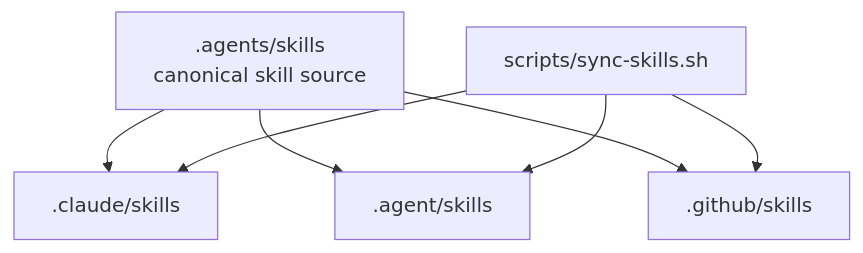
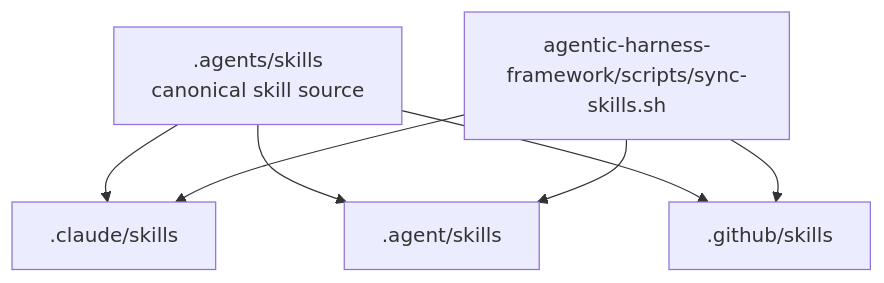
Before and after one commit to brandonbryant12/content-studio: the first of 5 diagrams in docs/workflow.md, drawn with Mermaid. The commit also changed other lines of this file and 55 other files, not shown here.

````diff
--- a/docs/workflow.md
+++ b/docs/workflow.md
@@ -11,9 +11,9 @@
 ```mermaid
 graph TD
   A[.agents/skills<br/>canonical skill source] --> B[.claude/skills]
   A --> C[.agent/skills]
   A --> D[.github/skills]
-  E[scripts/sync-skills.sh] --> B
+  E[agentic-harness-framework/scripts/sync-skills.sh] --> B
   E --> C
   E --> D
 ```
````
